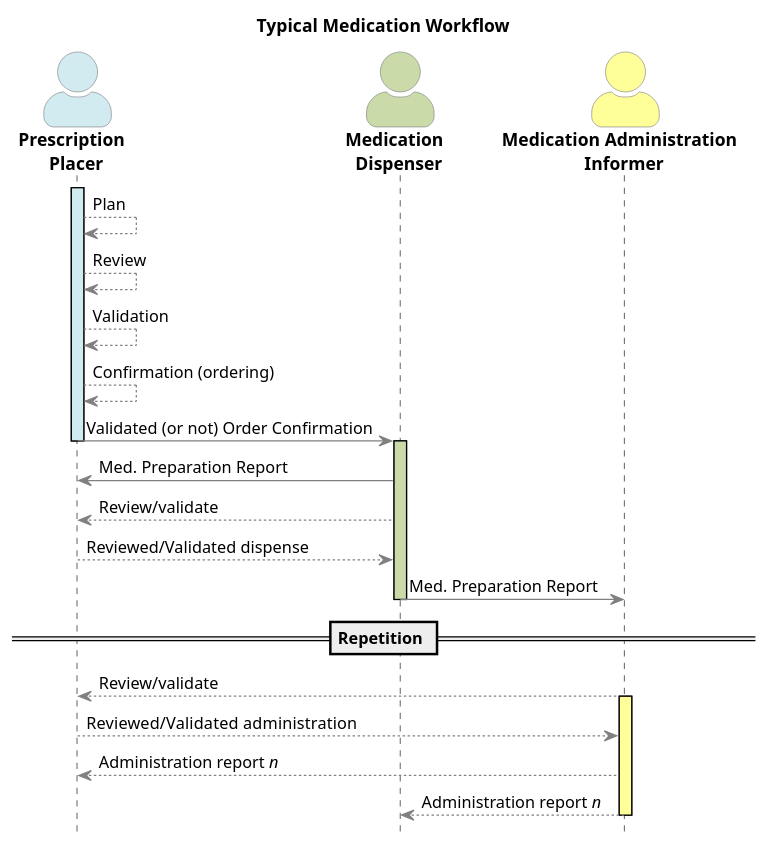
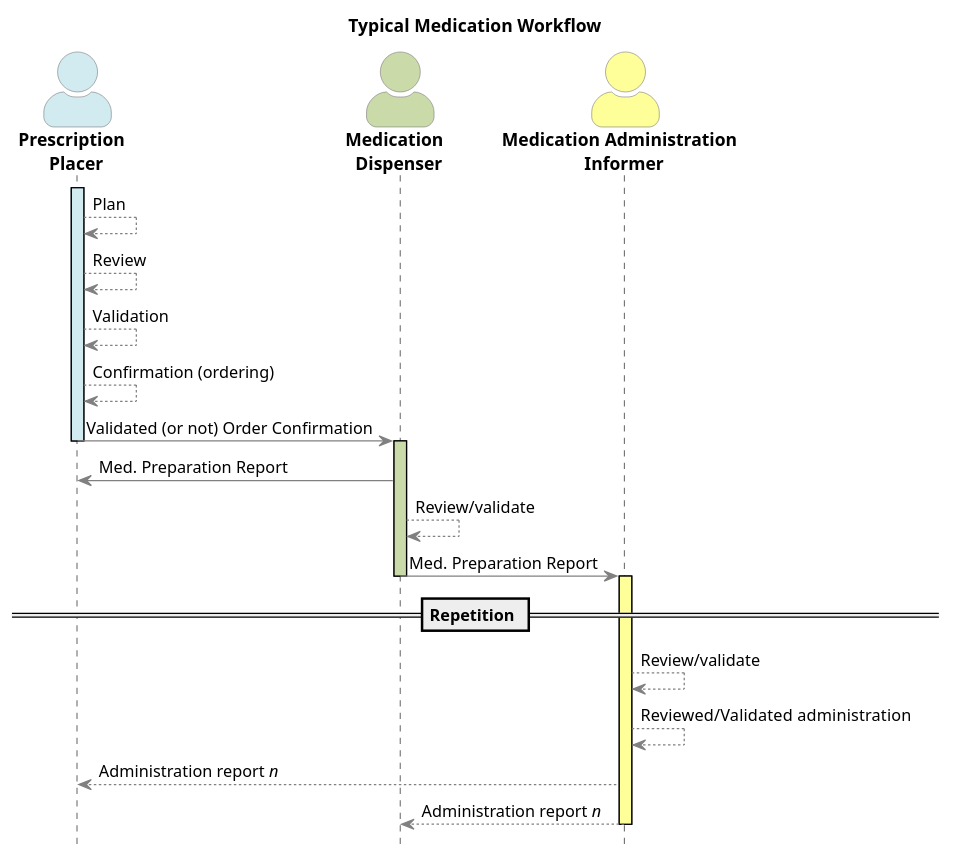
One commit to IHE/pharm-mpd changed the diagram in input/images-source/alternative1.plantuml. Above: the diagram before and after it, drawn with PlantUML. The commit also changed 2 other files, not shown here.

```diff
--- a/input/images-source/alternative1.plantuml
+++ b/input/images-source/alternative1.plantuml
@@ -1,56 +1,55 @@
 @startuml
 title Typical Medication Workflow
 skinparam actorStyle awesome
 
 skinparam sequence {
 ArrowColor gray
 ActorBorderColor gray
 LifeLineBorderColor black
 }
 skinparam shadowing false
 hide footbox
 
 
 actor "**Prescription** \n **Placer**" as P #d1ebf1
 actor "**Medication** \n **Dispenser**" as PD #cadaa9
 actor "**Medication Administration** \n **Informer**" as MAI #ffff99
 
 activate P #d1ebf1
 
 P --> P: Plan
 P --> P: Review
 P --> P: Validation
 P --> P: Confirmation (ordering)
 
 
 P -> PD: Validated (or not) Order Confirmation
 deactivate P
 
 activate PD #cadaa9
 
 
 
 
 PD -> P: Med. Preparation Report
-PD --> P: Review/validate
-P --> PD: Reviewed/Validated dispense
+PD --> PD: Review/validate
 
 PD -> MAI: Med. Preparation Report
 deactivate PD
 
 == Repetition ==
 
-
-MAI --> P: Review/validate
 activate MAI #ffff99
 
-P --> MAI: Reviewed/Validated  administration
+MAI --> MAI: Review/validate
+
+MAI --> MAI: Reviewed/Validated  administration
 MAI --> P: Administration report <i>n</i>
 
 MAI --> PD: Administration report <i>n</i>
 
 
 
 deactivate MAI
 
 @enduml
```
